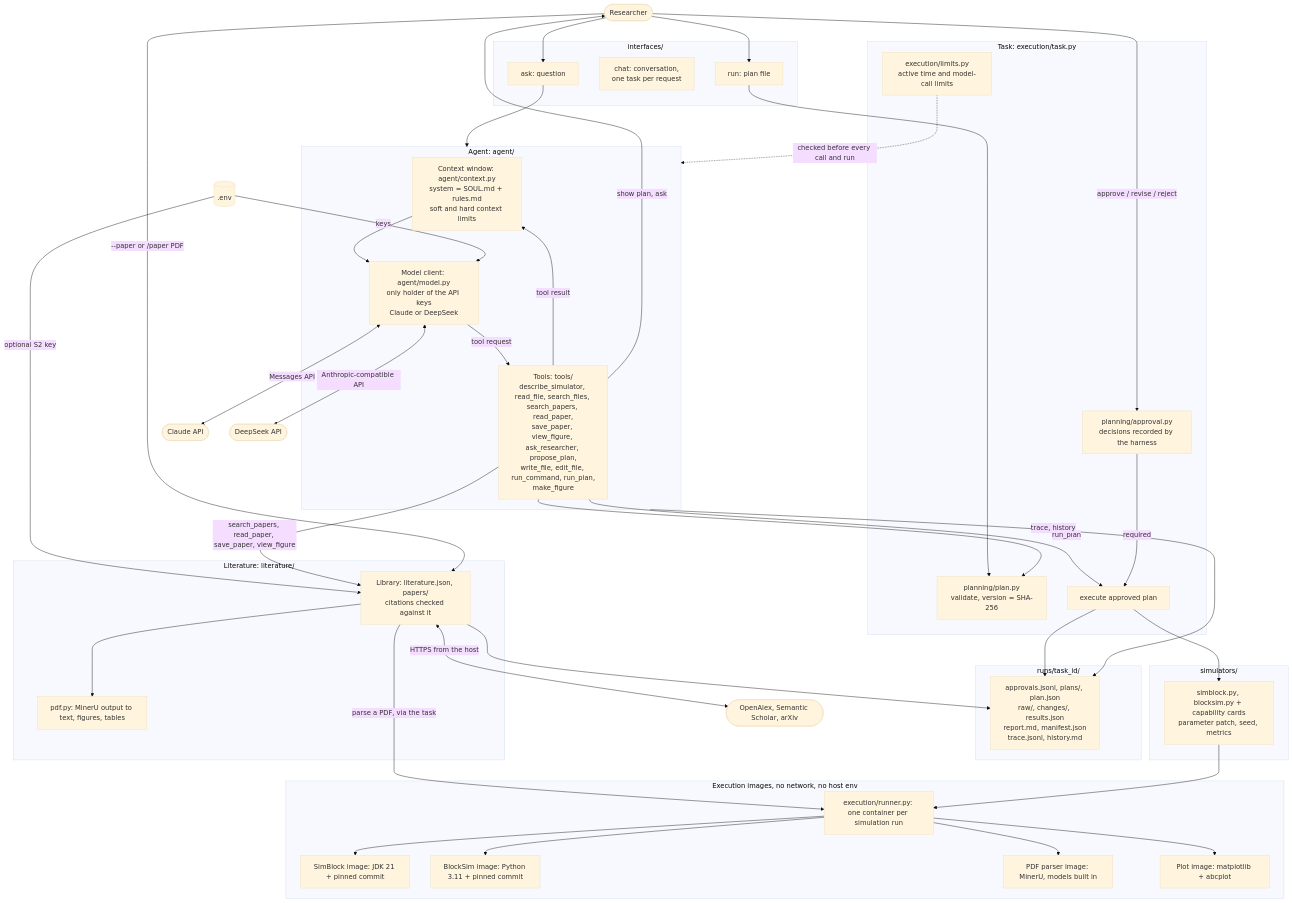
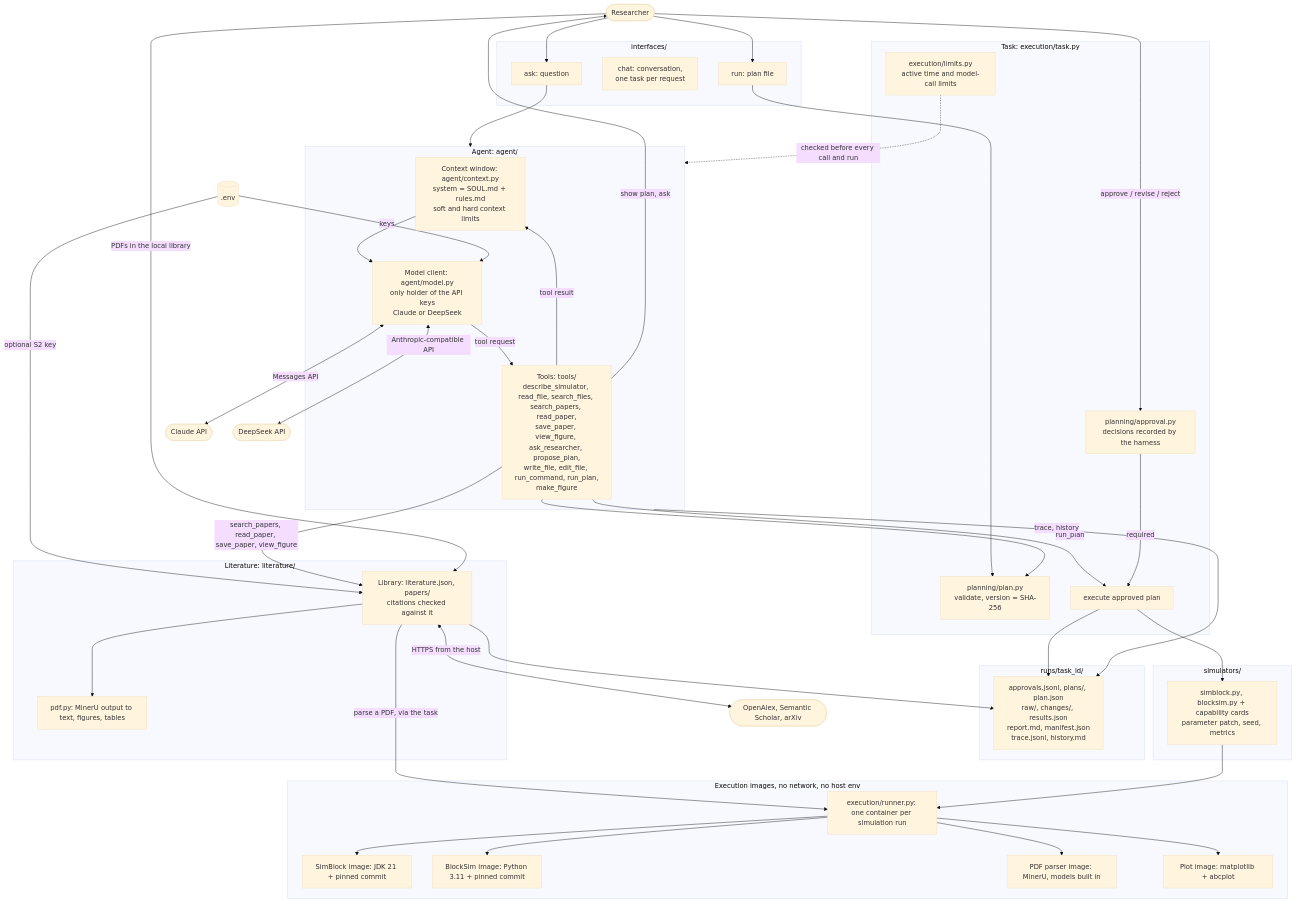
The diagram in docs/architecture.md (teiyou416/abc-harness), drawn with Mermaid (base theme) before and after one commit. The commit also changed other lines of this file and 20 other files, not shown here.

First line of the commit message:
Remove --paper and /paper; papers come from the local library

````diff
--- a/docs/architecture.md
+++ b/docs/architecture.md
@@ -8,71 +8,71 @@
 ```mermaid
 flowchart TB
     R(["Researcher"])
 
     subgraph CLI["interfaces/"]
         ASK["ask: question"]
         CHAT["chat: conversation,<br/>one task per request"]
         RUN["run: plan file"]
     end
 
     subgraph LOOP["Agent: agent/"]
         CTX["Context window: agent/context.py<br/>system = SOUL.md + rules.md<br/>soft and hard context limits"]
         LLM["Model client: agent/model.py<br/>only holder of the API keys<br/>Claude or DeepSeek"]
         TOOLS["Tools: tools/<br/>describe_simulator, read_file, search_files, search_papers, read_paper,<br/>save_paper, view_figure, ask_researcher, propose_plan,<br/>write_file, edit_file, run_command, run_plan,<br/>make_figure"]
         CTX --> LLM -->|tool request| TOOLS -->|tool result| CTX
     end
 
     subgraph TASK["Task: execution/task.py"]
         PLAN["planning/plan.py<br/>validate, version = SHA-256"]
         APPROVAL["planning/approval.py<br/>decisions recorded by the harness"]
         LIMITS["execution/limits.py<br/>active time and model-call limits"]
         EXEC["execute approved plan"]
     end
 
     subgraph SIM["simulators/"]
         ADAPTER["simblock.py, blocksim.py + capability cards<br/>parameter patch, seed, metrics"]
     end
 
     subgraph DOCKER["Execution images, no network, no host env"]
         RUNNER["execution/runner.py: one container per simulation run"]
         SIMBLOCK["SimBlock image: JDK 21 + pinned commit"]
         BLOCKSIM["BlockSim image: Python 3.11 + pinned commit"]
         PDFIMG["PDF parser image: MinerU, models built in"]
         PLOTIMG["Plot image: matplotlib + abcplot"]
         RUNNER --> SIMBLOCK
         RUNNER --> BLOCKSIM
         RUNNER --> PDFIMG
         RUNNER --> PLOTIMG
     end
 
     subgraph ART["runs/task_id/"]
         FILES["approvals.jsonl, plans/, plan.json<br/>raw/, changes/, results.json<br/>report.md, manifest.json<br/>trace.jsonl, history.md"]
     end
 
     subgraph LIT["Literature: literature/"]
         LIB["Library: literature.json, papers/<br/>citations checked against it"]
         PDF["pdf.py: MinerU output to text, figures, tables"]
         LIB --> PDF
     end
 
     ENV[(".env")] -->|keys| LLM
     ENV -->|optional S2 key| LIB
     TOOLS -->|search_papers, read_paper, save_paper, view_figure| LIB
     LIB <-->|HTTPS from the host| ACADEMIC(["OpenAlex, Semantic Scholar, arXiv"])
-    R -->|--paper or /paper PDF| LIB
+    R -->|PDFs in the local library| LIB
     LIB -->|parse a PDF, via the task| RUNNER
     LIB --> FILES
     LLM <-->|Messages API| CLAUDE(["Claude API"])
     LLM <-->|Anthropic-compatible API| DEEPSEEK(["DeepSeek API"])
     R --> ASK --> LOOP
     R --> RUN --> PLAN
     TOOLS --> PLAN
     TOOLS -->|show plan, ask| R
     R -->|approve / revise / reject| APPROVAL
     TOOLS -->|run_plan| EXEC
     APPROVAL -->|required| EXEC
     LIMITS -.->|checked before every call and run| LOOP
     EXEC --> ADAPTER --> RUNNER
     EXEC --> FILES
     LOOP -->|trace, history| FILES
 ```
````
